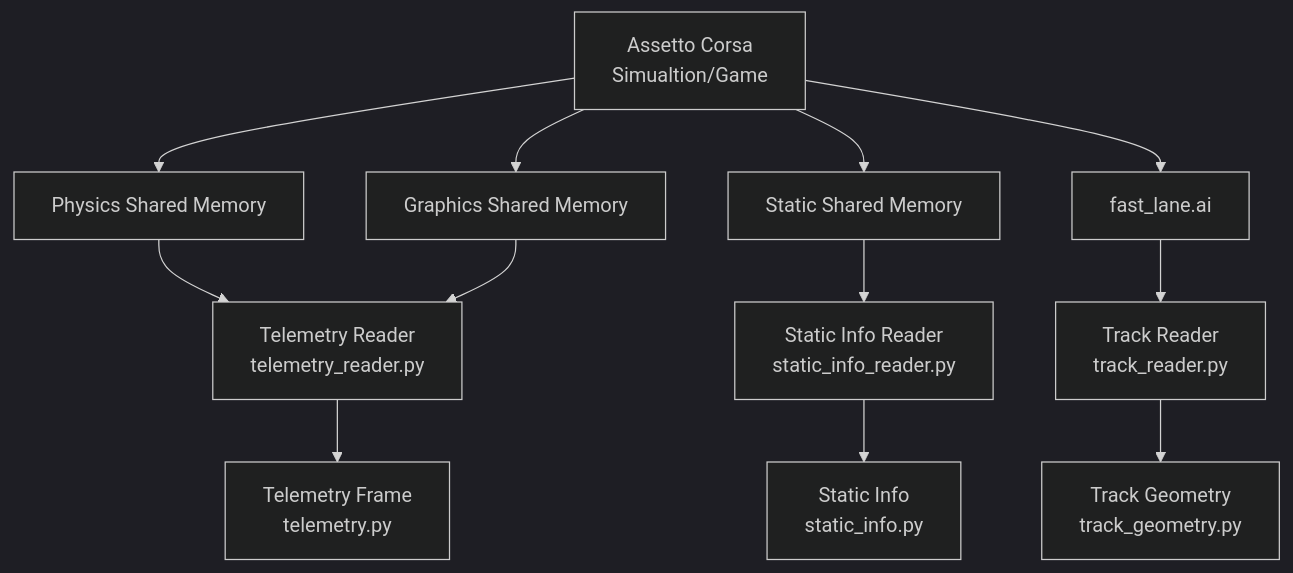
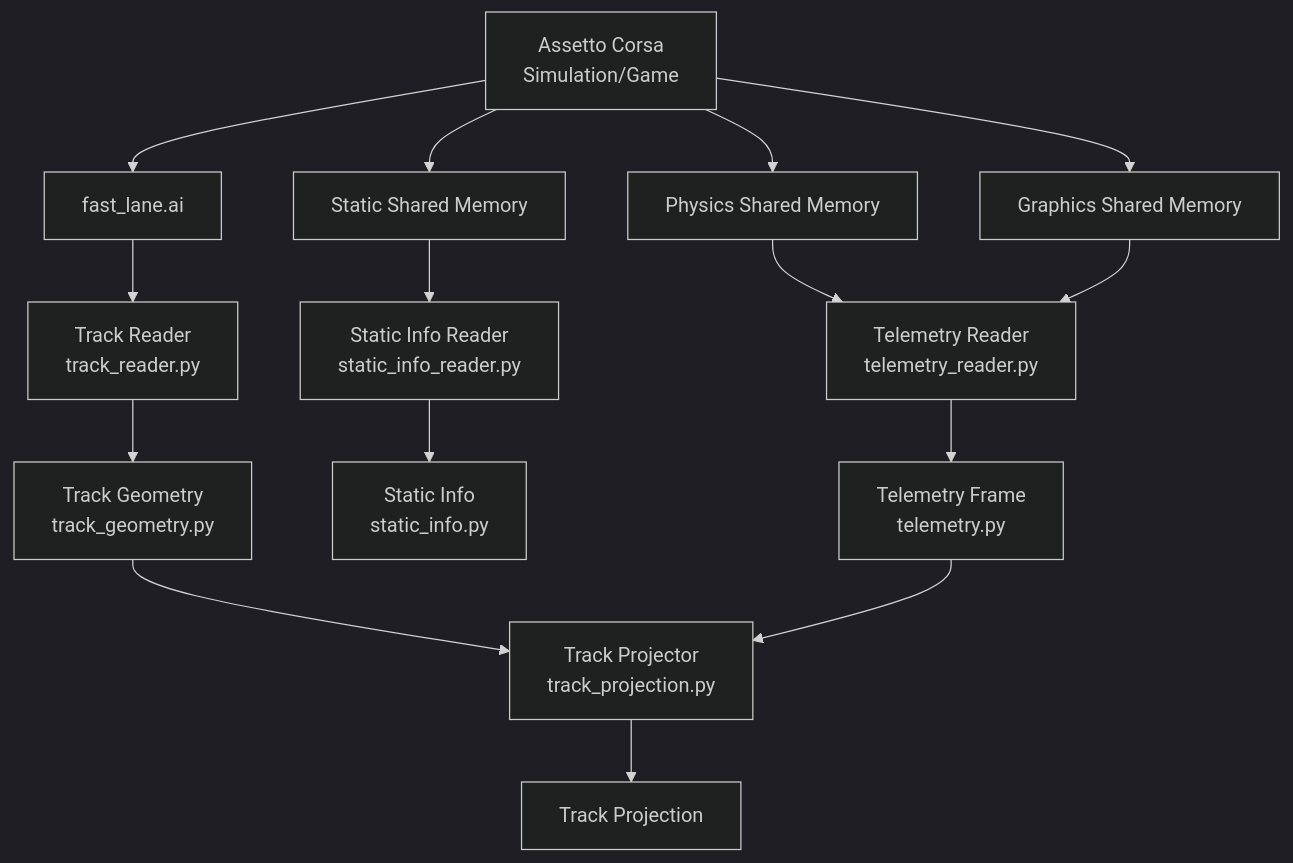
One commit to wwlarsww/Assetto_Corsa_RL_Drivermodel changed the diagram in docs/architecture.md. Above: the diagram before and after it, drawn with Mermaid (dark theme). The commit also changed other lines of this file and 4 other files, not shown here.

First line of the commit message:
feat: add track projection and live validation

````diff
--- a/docs/architecture.md
+++ b/docs/architecture.md
@@ -19,25 +14,31 @@
 ```mermaid
 flowchart TD
-    AC[Assetto Corsa 
-    Simualtion/Game]
+    AC[Assetto Corsa
+    Simulation/Game]
 
     AC --> Physics[Physics Shared Memory]
     AC --> Graphics[Graphics Shared Memory]
     AC --> Static[Static Shared Memory]
     AC --> AI[fast_lane.ai]
 
-    Physics --> TR[Telemetry Reader 
+    Physics --> TR[Telemetry Reader
     telemetry_reader.py]
     Graphics --> TR
-    Static --> SR[Static Info Reader 
+    Static --> SR[Static Info Reader
     static_info_reader.py]
-    AI --> TrackReader[Track Reader 
+    AI --> TrackReader[Track Reader
     track_reader.py]
 
-    TR --> TF[Telemetry Frame 
+    TR --> TF[Telemetry Frame
     telemetry.py]
-    SR --> SI[Static Info 
+    SR --> SI[Static Info
     static_info.py]
     TrackReader --> TG[Track Geometry
     track_geometry.py]
+
+    TG --> TP[Track Projector
+    track_projection.py]
+    TF --> TP[Track Projector
+    track_projection.py]
+    TP --> Projection[Track Projection]
 ```
````
